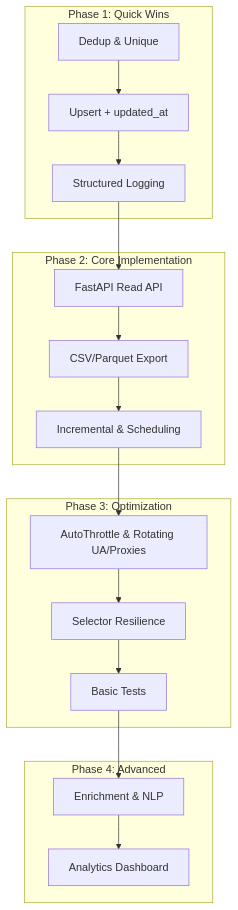
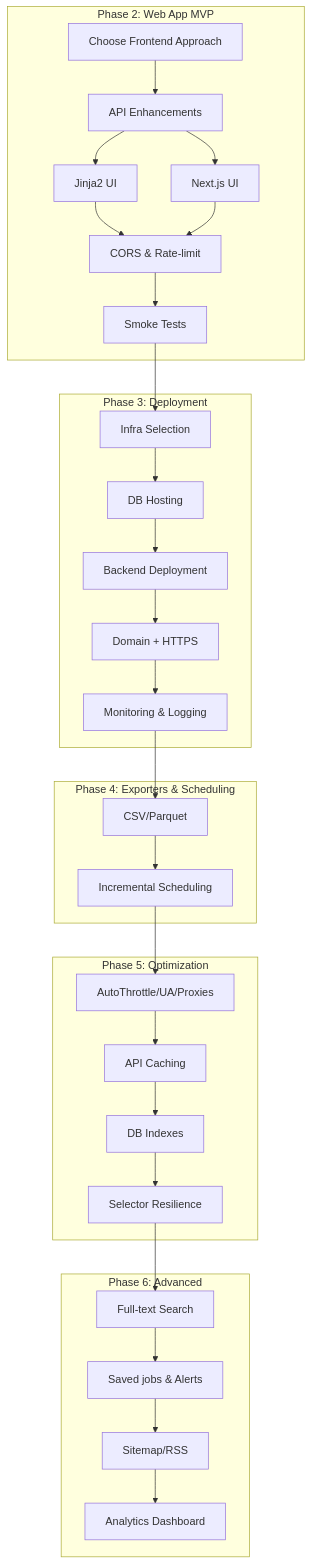
Before and after one commit to thethien8a/Crawl-Jobs: the diagram in Task.md, drawn with Mermaid. The commit also changed other lines of this file and 1 other file, not shown here.

````diff
--- a/Task.md
+++ b/Task.md
@@ -80,21 +97,34 @@
 ```mermaid
 graph TD
-    subgraph "Phase 1: Quick Wins"
-        A[Dedup & Unique] --> B[Upsert + updated_at]
-        B --> C[Structured Logging]
+    subgraph "Phase 2: Web App MVP"
+        A[Choose Frontend Approach] --> B[API Enhancements]
+        B --> C[Jinja2 UI]
+        B --> D[Next.js UI]
+        C --> E[CORS & Rate-limit]
+        D --> E
+        E --> F[Smoke Tests]
     end
-    subgraph "Phase 2: Core Implementation"
-        C --> D[FastAPI Read API]
-        D --> E[CSV/Parquet Export]
-        E --> F[Incremental & Scheduling]
+    subgraph "Phase 3: Deployment"
+        F --> G[Infra Selection]
+        G --> H[DB Hosting]
+        H --> I[Backend Deployment]
+        I --> J[Domain + HTTPS]
+        J --> K[Monitoring & Logging]
     end
-    subgraph "Phase 3: Optimization"
-        F --> G[AutoThrottle & Rotating UA/Proxies]
-        G --> H[Selector Resilience]
-        H --> I[Basic Tests]
+    subgraph "Phase 4: Exporters & Scheduling"
+        K --> L[CSV/Parquet]
+        L --> M[Incremental Scheduling]
     end
-    subgraph "Phase 4: Advanced"
-        I --> J[Enrichment & NLP]
-        J --> K[Analytics Dashboard]
+    subgraph "Phase 5: Optimization"
+        M --> N[AutoThrottle/UA/Proxies]
+        N --> O[API Caching]
+        O --> P[DB Indexes]
+        P --> Q[Selector Resilience]
+    end
+    subgraph "Phase 6: Advanced"
+        Q --> R[Full-text Search]
+        R --> S[Saved jobs & Alerts]
+        S --> T[Sitemap/RSS]
+        T --> U[Analytics Dashboard]
     end
 ```
````
